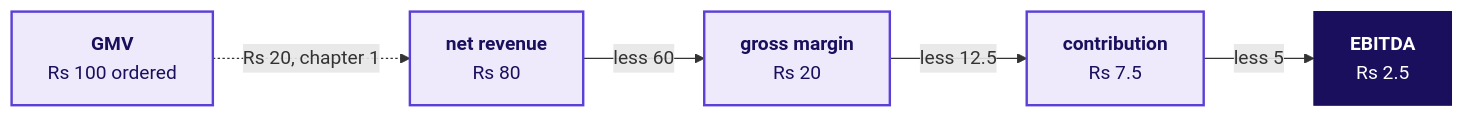
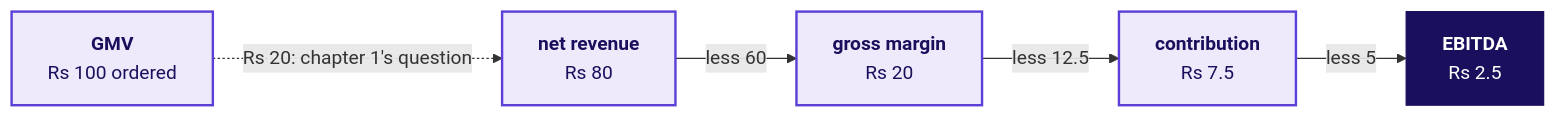
Before and after one commit to fde-academy-lab/c2-content-factory: the fourth of 29 diagrams in content/W01/D1/slides/C2_W01_D01_half1_STUDENT.md, drawn with Mermaid. The commit also changed other lines of this file and 32 other files, not shown here.

````diff
--- a/content/W01/D1/slides/C2_W01_D01_half1_STUDENT.md
+++ b/content/W01/D1/slides/C2_W01_D01_half1_STUDENT.md
@@ -171,11 +171,11 @@
 ```mermaid
 flowchart LR
-    G["<b>GMV</b><br/>Rs 100 ordered"] -.->|"Rs 20, chapter 1"| N["<b>net revenue</b><br/>Rs 80"]
+    G["<b>GMV</b><br/>Rs 100 ordered"] -.->|"Rs 20: chapter 1's question"| N["<b>net revenue</b><br/>Rs 80"]
     N -->|"less 60"| M["<b>gross margin</b><br/>Rs 20"]
     M -->|"less 12.5"| C["<b>contribution</b><br/>Rs 7.5"]
     C -->|"less 5"| O["<b>EBITDA</b><br/>Rs 2.5"]
     classDef known fill:#EEEAFB,stroke:#5B3FD6,color:#1A0F5C,stroke-width:2px
     classDef dark fill:#1A0F5C,stroke:#1A0F5C,color:#FFFFFF
     class G,N,M,C known
     class O dark
 ```
````
